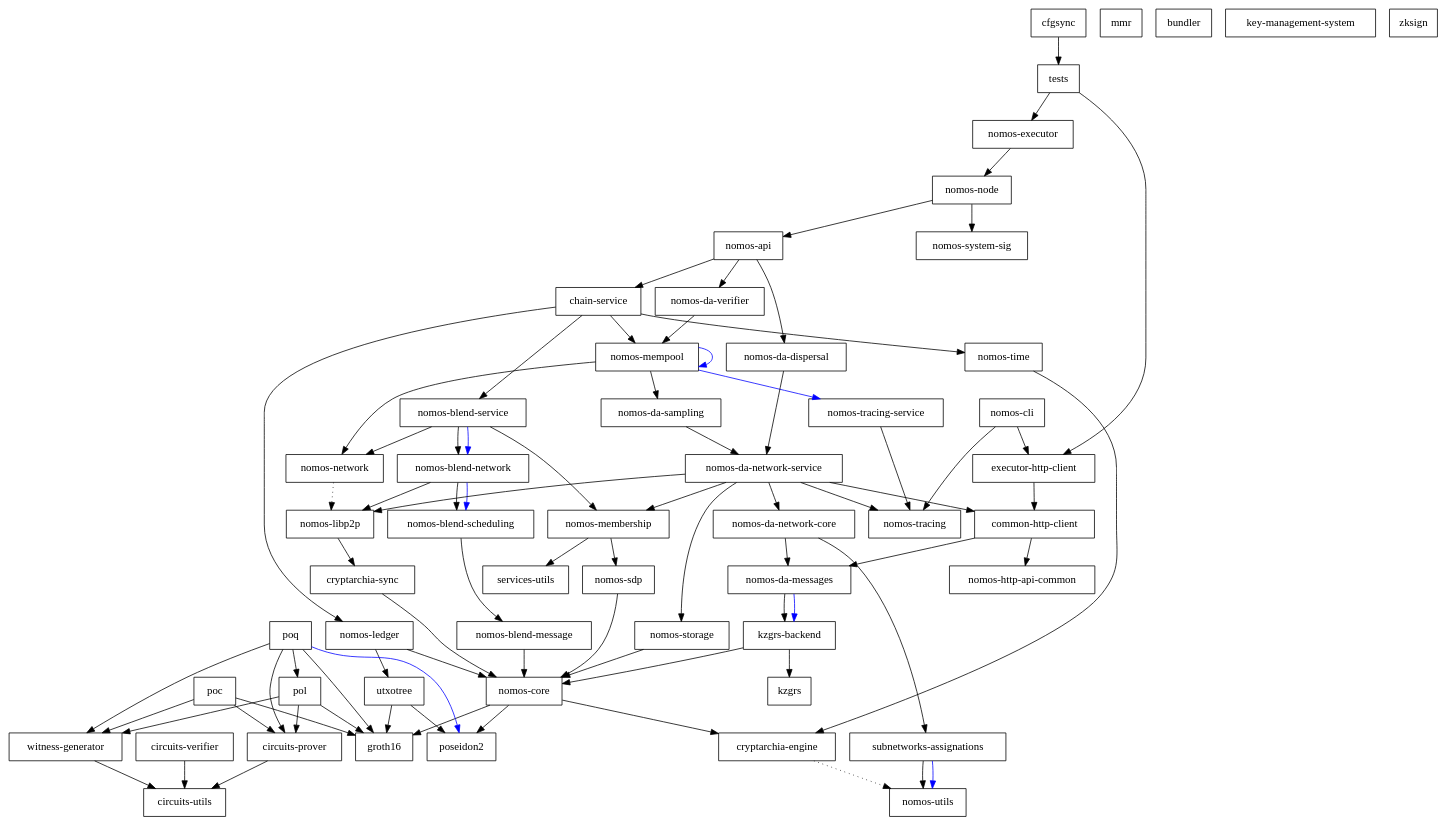
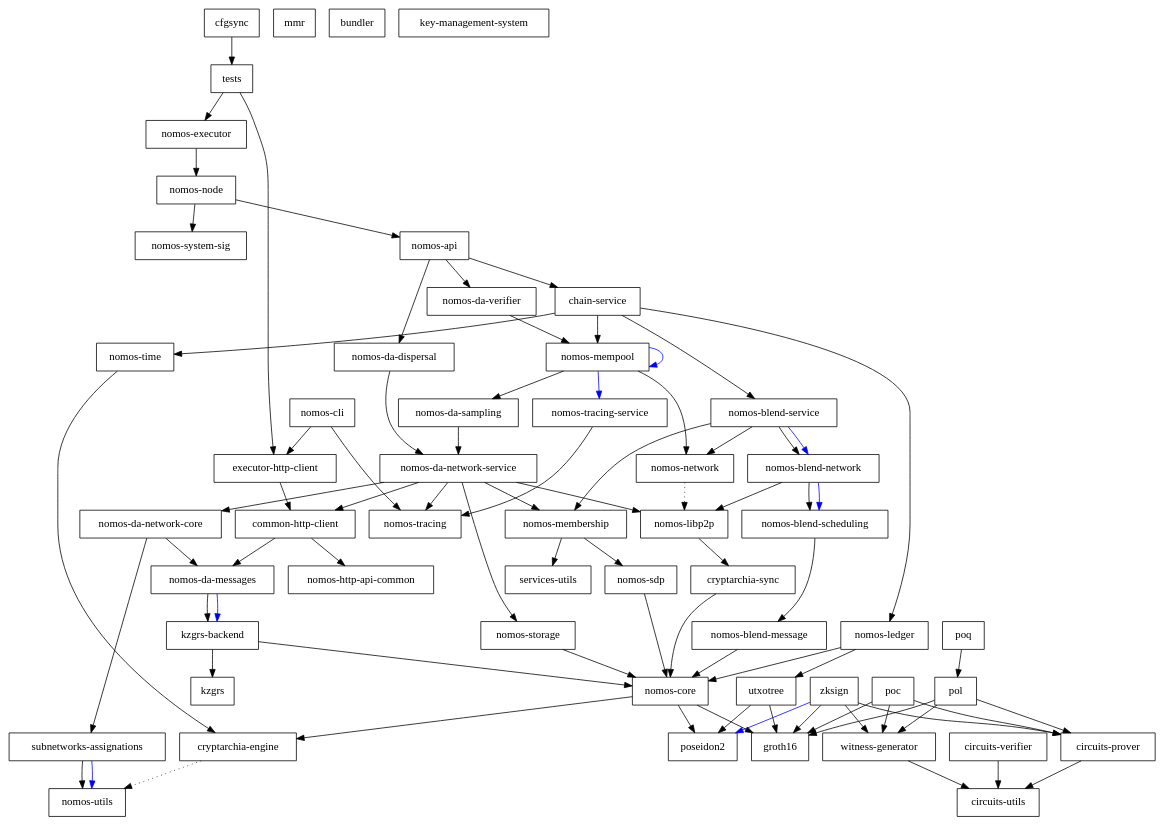
One commit to logos-co/nomos changed the diagram in dependencies_graph.dot. Above: the diagram before and after it, drawn with Graphviz.

```diff
--- a/dependencies_graph.dot
+++ b/dependencies_graph.dot
@@ -1,134 +1,134 @@
 digraph {
     0 [ label = "cryptarchia-engine" shape = box]
     1 [ label = "nomos-utils" shape = box]
     2 [ label = "cryptarchia-sync" shape = box]
     3 [ label = "nomos-core" shape = box]
     4 [ label = "groth16" shape = box]
     5 [ label = "poseidon2" shape = box]
     6 [ label = "nomos-ledger" shape = box]
     7 [ label = "utxotree" shape = box]
     8 [ label = "mmr" shape = box]
     9 [ label = "nomos-http-api-common" shape = box]
     10 [ label = "nomos-executor" shape = box]
     11 [ label = "kzgrs-backend" shape = box]
     12 [ label = "kzgrs" shape = box]
     13 [ label = "nomos-api" shape = box]
     14 [ label = "chain-service" shape = box]
     15 [ label = "nomos-blend-service" shape = box]
     16 [ label = "nomos-blend-message" shape = box]
     17 [ label = "nomos-blend-network" shape = box]
     18 [ label = "nomos-blend-scheduling" shape = box]
     19 [ label = "nomos-libp2p" shape = box]
     20 [ label = "nomos-membership" shape = box]
     21 [ label = "nomos-sdp" shape = box]
     22 [ label = "services-utils" shape = box]
     23 [ label = "nomos-network" shape = box]
     24 [ label = "nomos-da-sampling" shape = box]
     25 [ label = "nomos-da-network-core" shape = box]
     26 [ label = "nomos-da-messages" shape = box]
     27 [ label = "subnetworks-assignations" shape = box]
     28 [ label = "nomos-da-network-service" shape = box]
     29 [ label = "common-http-client" shape = box]
     30 [ label = "nomos-storage" shape = box]
     31 [ label = "nomos-tracing" shape = box]
     32 [ label = "nomos-mempool" shape = box]
     33 [ label = "nomos-tracing-service" shape = box]
     34 [ label = "nomos-time" shape = box]
     35 [ label = "nomos-da-dispersal" shape = box]
     36 [ label = "nomos-da-verifier" shape = box]
     37 [ label = "nomos-node" shape = box]
     38 [ label = "nomos-system-sig" shape = box]
     39 [ label = "executor-http-client" shape = box]
     40 [ label = "bundler" shape = box]
     41 [ label = "nomos-cli" shape = box]
     42 [ label = "key-management-system" shape = box]
     43 [ label = "cfgsync" shape = box]
     44 [ label = "tests" shape = box]
     45 [ label = "circuits-prover" shape = box]
     46 [ label = "circuits-utils" shape = box]
     47 [ label = "circuits-verifier" shape = box]
     48 [ label = "witness-generator" shape = box]
     49 [ label = "poc" shape = box]
     50 [ label = "pol" shape = box]
     51 [ label = "poq" shape = box]
     52 [ label = "zksign" shape = box]
     0 -> 1 [ style = dotted]
     2 -> 3 [ ]
     3 -> 0 [ ]
     3 -> 4 [ ]
     3 -> 5 [ ]
     6 -> 3 [ ]
     6 -> 7 [ ]
     7 -> 4 [ ]
     7 -> 5 [ ]
     10 -> 37 [ ]
     11 -> 12 [ ]
     11 -> 3 [ ]
     13 -> 14 [ ]
     13 -> 35 [ ]
     13 -> 36 [ ]
     14 -> 15 [ ]
     14 -> 6 [ ]
     14 -> 32 [ ]
     14 -> 34 [ ]
     15 -> 17 [ ]
     15 -> 17 [ color = blue]
     15 -> 20 [ ]
     15 -> 23 [ ]
     16 -> 3 [ ]
     17 -> 18 [ ]
     17 -> 18 [ color = blue]
     17 -> 19 [ ]
     18 -> 16 [ ]
     19 -> 2 [ ]
     20 -> 21 [ ]
     20 -> 22 [ ]
     21 -> 3 [ ]
     23 -> 19 [ style = dotted]
     24 -> 28 [ ]
     25 -> 26 [ ]
     25 -> 27 [ ]
     26 -> 11 [ ]
     26 -> 11 [ color = blue]
     27 -> 1 [ ]
     27 -> 1 [ color = blue]
     28 -> 29 [ ]
     28 -> 25 [ ]
     28 -> 19 [ ]
     28 -> 20 [ ]
     28 -> 30 [ ]
     28 -> 31 [ ]
     29 -> 26 [ ]
     29 -> 9 [ ]
     30 -> 3 [ ]
     32 -> 24 [ ]
     32 -> 32 [ color = blue]
     32 -> 23 [ ]
     32 -> 33 [ color = blue]
     33 -> 31 [ ]
     34 -> 0 [ ]
     35 -> 28 [ ]
     36 -> 32 [ ]
     37 -> 13 [ ]
     37 -> 38 [ ]
     39 -> 29 [ ]
     41 -> 39 [ ]
     41 -> 31 [ ]
     43 -> 44 [ ]
     44 -> 39 [ ]
     44 -> 10 [ ]
     45 -> 46 [ ]
     47 -> 46 [ ]
     48 -> 46 [ ]
     49 -> 45 [ ]
     49 -> 4 [ ]
     49 -> 48 [ ]
     50 -> 45 [ ]
     50 -> 4 [ ]
     50 -> 48 [ ]
     51 -> 50 [ ]
-    51 -> 45 [ ]
-    51 -> 4 [ ]
-    51 -> 5 [ color = blue]
-    51 -> 48 [ ]
+    52 -> 45 [ ]
+    52 -> 4 [ ]
+    52 -> 5 [ color = blue]
+    52 -> 48 [ ]
 }
```
